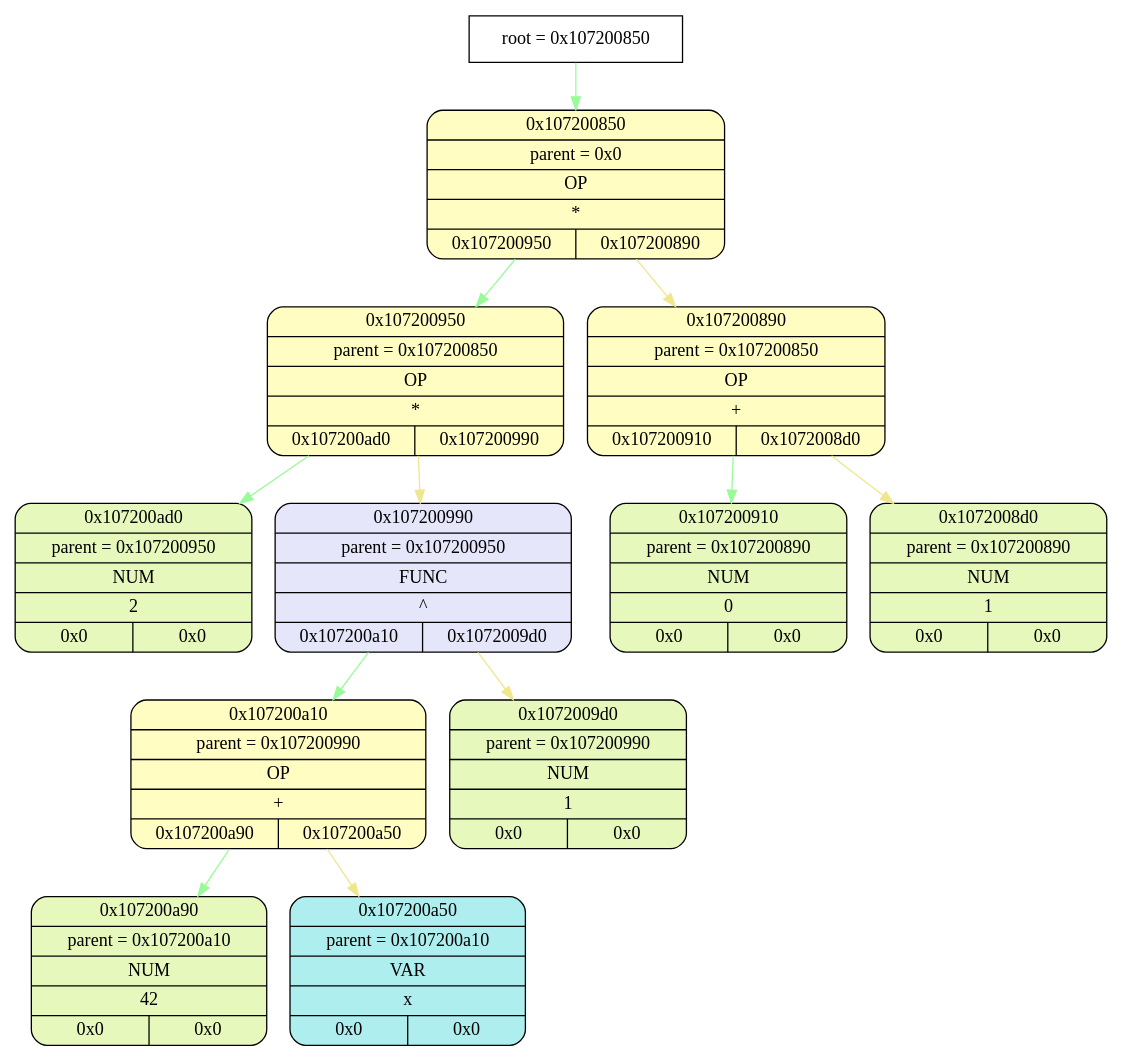
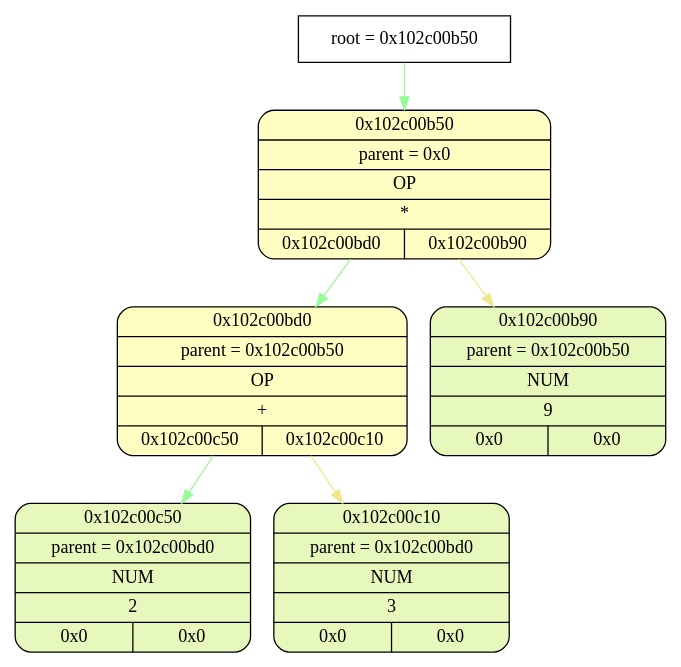
One commit to esgalimov/differentiator changed the diagram in tmp/graphviz.dot. Above: the diagram before and after it, drawn with Graphviz. The commit also changed 7 other files, not shown here.

```diff
--- a/tmp/graphviz.dot
+++ b/tmp/graphviz.dot
@@ -1,38 +1,20 @@
 digraph
 {
-    node_info[shape = record, label = "{root = 0x107200850}"];
+    node_info[shape = record, label = "{root = 0x102c00b50}"];
 
-    node_info->node_0x107200850 [color = "#98FB98"];
-    node_0x107200850[shape = Mrecord, label = "{{0x107200850} | {parent =  0x0} | {OP} | {*} | {0x107200950 | 0x107200890}}",
+    node_info->node_0x102c00b50 [color = "#98FB98"];
+    node_0x102c00b50[shape = Mrecord, label = "{{0x102c00b50} | {parent =  0x0} | {OP} | {*} | {0x102c00bd0 | 0x102c00b90}}",
                 style="filled", fillcolor="#FFFDC2"];
-    node_0x107200950[shape = Mrecord, label = "{{0x107200950} | {parent =  0x107200850} | {OP} | {*} | {0x107200ad0 | 0x107200990}}",
+    node_0x102c00bd0[shape = Mrecord, label = "{{0x102c00bd0} | {parent =  0x102c00b50} | {OP} | {+} | {0x102c00c50 | 0x102c00c10}}",
                 style="filled", fillcolor="#FFFDC2"];
-    node_0x107200ad0[shape = Mrecord, label = "{{0x107200ad0} | {parent =  0x107200950} | {NUM} | {2} | {0x0 | 0x0}}",
+    node_0x102c00c50[shape = Mrecord, label = "{{0x102c00c50} | {parent =  0x102c00bd0} | {NUM} | {2} | {0x0 | 0x0}}",
                 style="filled", fillcolor="#E7F8BC"];
-    node_0x107200990[shape = Mrecord, label = "{{0x107200990} | {parent =  0x107200950} | {FUNC} | {^} | {0x107200a10 | 0x1072009d0}}",
-                style="filled", fillcolor="#E6E6FA"];
-    node_0x107200a10[shape = Mrecord, label = "{{0x107200a10} | {parent =  0x107200990} | {OP} | {+} | {0x107200a90 | 0x107200a50}}",
-                style="filled", fillcolor="#FFFDC2"];
-    node_0x107200a90[shape = Mrecord, label = "{{0x107200a90} | {parent =  0x107200a10} | {NUM} | {42} | {0x0 | 0x0}}",
+    node_0x102c00c10[shape = Mrecord, label = "{{0x102c00c10} | {parent =  0x102c00bd0} | {NUM} | {3} | {0x0 | 0x0}}",
                 style="filled", fillcolor="#E7F8BC"];
-    node_0x107200a50[shape = Mrecord, label = "{{0x107200a50} | {parent =  0x107200a10} | {VAR} | {x} | {0x0 | 0x0}}",
-                style="filled", fillcolor="#AFEEEE"];
-    node_0x1072009d0[shape = Mrecord, label = "{{0x1072009d0} | {parent =  0x107200990} | {NUM} | {1} | {0x0 | 0x0}}",
+    node_0x102c00b90[shape = Mrecord, label = "{{0x102c00b90} | {parent =  0x102c00b50} | {NUM} | {9} | {0x0 | 0x0}}",
                 style="filled", fillcolor="#E7F8BC"];
-    node_0x107200890[shape = Mrecord, label = "{{0x107200890} | {parent =  0x107200850} | {OP} | {+} | {0x107200910 | 0x1072008d0}}",
-                style="filled", fillcolor="#FFFDC2"];
-    node_0x107200910[shape = Mrecord, label = "{{0x107200910} | {parent =  0x107200890} | {NUM} | {0} | {0x0 | 0x0}}",
-                style="filled", fillcolor="#E7F8BC"];
-    node_0x1072008d0[shape = Mrecord, label = "{{0x1072008d0} | {parent =  0x107200890} | {NUM} | {1} | {0x0 | 0x0}}",
-                style="filled", fillcolor="#E7F8BC"];
-    node_0x107200850->node_0x107200950 [color = "#98FB98"];
-    node_0x107200950->node_0x107200ad0 [color = "#98FB98"];
-    node_0x107200950->node_0x107200990 [color = "#F0E68C"];
-    node_0x107200990->node_0x107200a10 [color = "#98FB98"];
-    node_0x107200a10->node_0x107200a90 [color = "#98FB98"];
-    node_0x107200a10->node_0x107200a50 [color = "#F0E68C"];
-    node_0x107200990->node_0x1072009d0 [color = "#F0E68C"];
-    node_0x107200850->node_0x107200890 [color = "#F0E68C"];
-    node_0x107200890->node_0x107200910 [color = "#98FB98"];
-    node_0x107200890->node_0x1072008d0 [color = "#F0E68C"];
+    node_0x102c00b50->node_0x102c00bd0 [color = "#98FB98"];
+    node_0x102c00bd0->node_0x102c00c50 [color = "#98FB98"];
+    node_0x102c00bd0->node_0x102c00c10 [color = "#F0E68C"];
+    node_0x102c00b50->node_0x102c00b90 [color = "#F0E68C"];
 }
```
